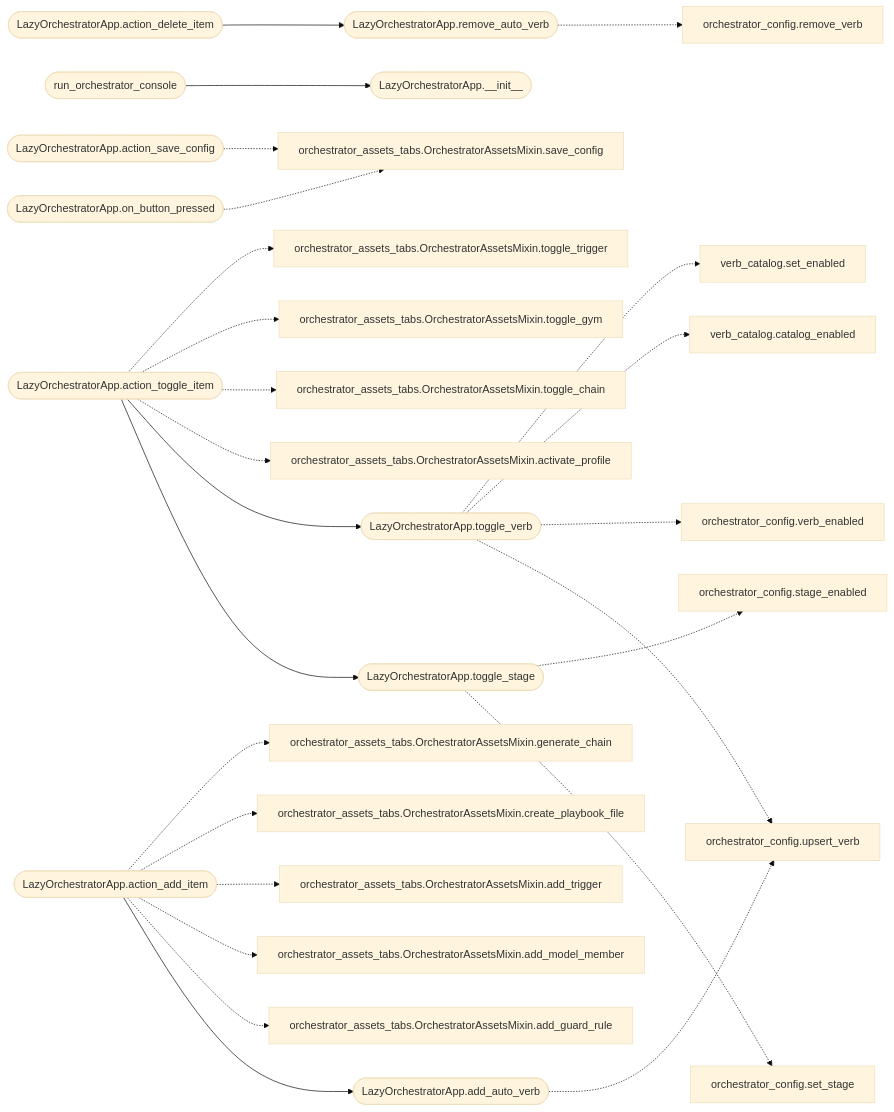
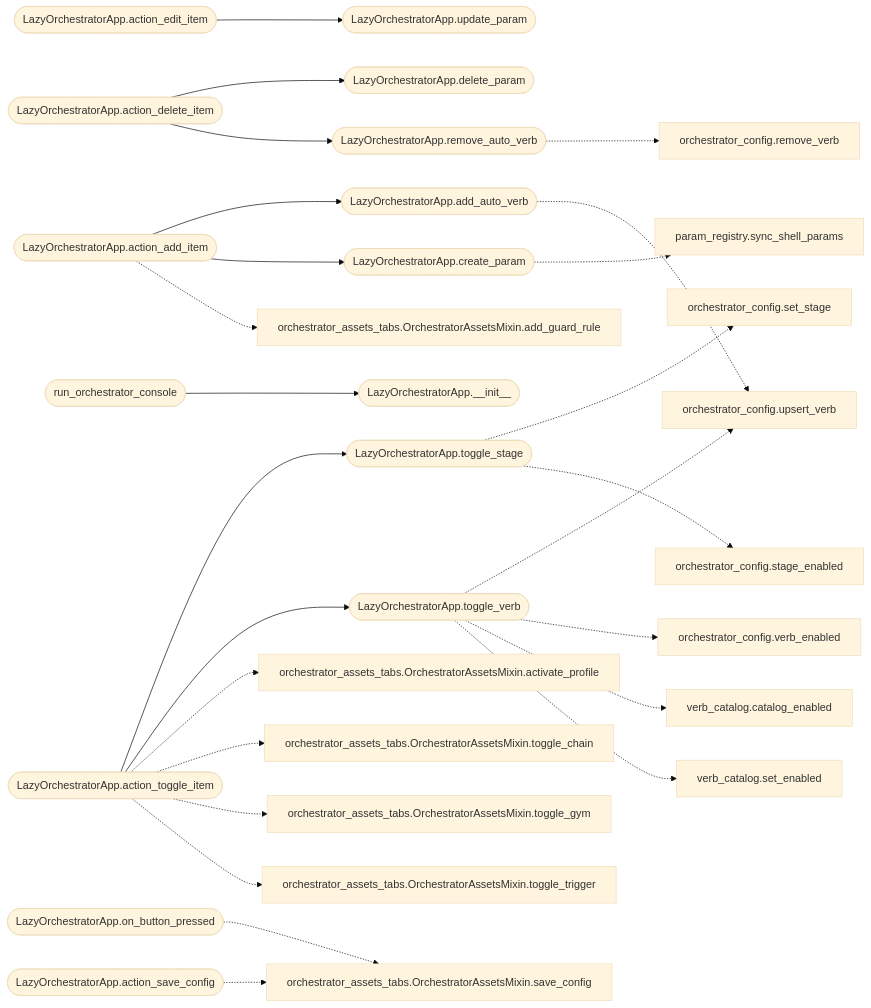
One commit to grisuno/LazyOwn changed the second of 2 diagrams in readmenator-apidocs/modules/cli.lazy_orchestrator.py.md. Above: the diagram before and after it, drawn with Mermaid (base theme). The commit also changed other lines of this file and 258 other files, not shown here.

````diff
--- a/readmenator-apidocs/modules/cli.lazy_orchestrator.py.md
+++ b/readmenator-apidocs/modules/cli.lazy_orchestrator.py.md
@@ -59,55 +62,56 @@
 ```mermaid
 flowchart LR
     n_cli_lazy_orchestrator_py__LazyOrchestratorApp_action_toggle_item(["LazyOrchestratorApp.action_toggle_item"])
     n_cli_lazy_orchestrator_py__LazyOrchestratorApp_toggle_stage(["LazyOrchestratorApp.toggle_stage"])
     n_cli_lazy_orchestrator_py__LazyOrchestratorApp_toggle_verb(["LazyOrchestratorApp.toggle_verb"])
     n_cli_lazy_orchestrator_py__LazyOrchestratorApp_action_add_item(["LazyOrchestratorApp.action_add_item"])
     n_cli_lazy_orchestrator_py__LazyOrchestratorApp_add_auto_verb(["LazyOrchestratorApp.add_auto_verb"])
+    n_cli_lazy_orchestrator_py__LazyOrchestratorApp_create_param(["LazyOrchestratorApp.create_param"])
+    n_cli_lazy_orchestrator_py__LazyOrchestratorApp_action_edit_item(["LazyOrchestratorApp.action_edit_item"])
+    n_cli_lazy_orchestrator_py__LazyOrchestratorApp_update_param(["LazyOrchestratorApp.update_param"])
     n_cli_lazy_orchestrator_py__LazyOrchestratorApp_action_delete_item(["LazyOrchestratorApp.action_delete_item"])
+    n_cli_lazy_orchestrator_py__LazyOrchestratorApp_delete_param(["LazyOrchestratorApp.delete_param"])
     n_cli_lazy_orchestrator_py__LazyOrchestratorApp_remove_auto_verb(["LazyOrchestratorApp.remove_auto_verb"])
     n_cli_lazy_orchestrator_py__run_orchestrator_console(["run_orchestrator_console"])
     n_cli_lazy_orchestrator_py__LazyOrchestratorApp___init__(["LazyOrchestratorApp.__init__"])
     n_modules_orchestrator_config_py__set_stage["orchestrator_config.set_stage"]
     n_modules_orchestrator_config_py__stage_enabled["orchestrator_config.stage_enabled"]
     n_modules_orchestrator_config_py__upsert_verb["orchestrator_config.upsert_verb"]
     n_modules_orchestrator_config_py__verb_enabled["orchestrator_config.verb_enabled"]
     n_modules_verb_catalog_py__catalog_enabled["verb_catalog.catalog_enabled"]
     n_modules_verb_catalog_py__set_enabled["verb_catalog.set_enabled"]
     n_modules_orchestrator_config_py__remove_verb["orchestrator_config.remove_verb"]
     n_cli_lazy_orchestrator_py__LazyOrchestratorApp_on_button_pressed(["LazyOrchestratorApp.on_button_pressed"])
     n_cli_orchestrator_assets_tabs_py__OrchestratorAssetsMixin_save_config["orchestrator_assets_tabs.OrchestratorAssetsMixin.save_config"]
+    n_core_param_registry_py__sync_shell_params["param_registry.sync_shell_params"]
     n_cli_orchestrator_assets_tabs_py__OrchestratorAssetsMixin_activate_profile["orchestrator_assets_tabs.OrchestratorAssetsMixin.activate_profile"]
     n_cli_orchestrator_assets_tabs_py__OrchestratorAssetsMixin_toggle_chain["orchestrator_assets_tabs.OrchestratorAssetsMixin.toggle_chain"]
     n_cli_orchestrator_assets_tabs_py__OrchestratorAssetsMixin_toggle_gym["orchestrator_assets_tabs.OrchestratorAssetsMixin.toggle_gym"]
     n_cli_orchestrator_assets_tabs_py__OrchestratorAssetsMixin_toggle_trigger["orchestrator_assets_tabs.OrchestratorAssetsMixin.toggle_trigger"]
     n_cli_lazy_orchestrator_py__LazyOrchestratorApp_action_save_config(["LazyOrchestratorApp.action_save_config"])
     n_cli_orchestrator_assets_tabs_py__OrchestratorAssetsMixin_add_guard_rule["orchestrator_assets_tabs.OrchestratorAssetsMixin.add_guard_rule"]
-    n_cli_orchestrator_assets_tabs_py__OrchestratorAssetsMixin_add_model_member["orchestrator_assets_tabs.OrchestratorAssetsMixin.add_model_member"]
-    n_cli_orchestrator_assets_tabs_py__OrchestratorAssetsMixin_add_trigger["orchestrator_assets_tabs.OrchestratorAssetsMixin.add_trigger"]
-    n_cli_orchestrator_assets_tabs_py__OrchestratorAssetsMixin_create_playbook_file["orchestrator_assets_tabs.OrchestratorAssetsMixin.create_playbook_file"]
-    n_cli_orchestrator_assets_tabs_py__OrchestratorAssetsMixin_generate_chain["orchestrator_assets_tabs.OrchestratorAssetsMixin.generate_chain"]
     n_cli_lazy_orchestrator_py__LazyOrchestratorApp_action_toggle_item --> n_cli_lazy_orchestrator_py__LazyOrchestratorApp_toggle_stage
     n_cli_lazy_orchestrator_py__LazyOrchestratorApp_action_toggle_item --> n_cli_lazy_orchestrator_py__LazyOrchestratorApp_toggle_verb
     n_cli_lazy_orchestrator_py__LazyOrchestratorApp_action_add_item --> n_cli_lazy_orchestrator_py__LazyOrchestratorApp_add_auto_verb
+    n_cli_lazy_orchestrator_py__LazyOrchestratorApp_action_add_item --> n_cli_lazy_orchestrator_py__LazyOrchestratorApp_create_param
+    n_cli_lazy_orchestrator_py__LazyOrchestratorApp_action_edit_item --> n_cli_lazy_orchestrator_py__LazyOrchestratorApp_update_param
+    n_cli_lazy_orchestrator_py__LazyOrchestratorApp_action_delete_item --> n_cli_lazy_orchestrator_py__LazyOrchestratorApp_delete_param
     n_cli_lazy_orchestrator_py__LazyOrchestratorApp_action_delete_item --> n_cli_lazy_orchestrator_py__LazyOrchestratorApp_remove_auto_verb
     n_cli_lazy_orchestrator_py__run_orchestrator_console --> n_cli_lazy_orchestrator_py__LazyOrchestratorApp___init__
     n_cli_lazy_orchestrator_py__LazyOrchestratorApp_toggle_stage -.-> n_modules_orchestrator_config_py__set_stage
     n_cli_lazy_orchestrator_py__LazyOrchestratorApp_toggle_stage -.-> n_modules_orchestrator_config_py__stage_enabled
     n_cli_lazy_orchestrator_py__LazyOrchestratorApp_toggle_verb -.-> n_modules_orchestrator_config_py__upsert_verb
     n_cli_lazy_orchestrator_py__LazyOrchestratorApp_toggle_verb -.-> n_modules_orchestrator_config_py__verb_enabled
     n_cli_lazy_orchestrator_py__LazyOrchestratorApp_toggle_verb -.-> n_modules_verb_catalog_py__catalog_enabled
     n_cli_lazy_orchestrator_py__LazyOrchestratorApp_toggle_verb -.-> n_modules_verb_catalog_py__set_enabled
     n_cli_lazy_orchestrator_py__LazyOrchestratorApp_add_auto_verb -.-> n_modules_orchestrator_config_py__upsert_verb
     n_cli_lazy_orchestrator_py__LazyOrchestratorApp_remove_auto_verb -.-> n_modules_orchestrator_config_py__remove_verb
     n_cli_lazy_orchestrator_py__LazyOrchestratorApp_on_button_pressed -.-> n_cli_orchestrator_assets_tabs_py__OrchestratorAssetsMixin_save_config
+    n_cli_lazy_orchestrator_py__LazyOrchestratorApp_create_param -.-> n_core_param_registry_py__sync_shell_params
     n_cli_lazy_orchestrator_py__LazyOrchestratorApp_action_toggle_item -.-> n_cli_orchestrator_assets_tabs_py__OrchestratorAssetsMixin_activate_profile
     n_cli_lazy_orchestrator_py__LazyOrchestratorApp_action_toggle_item -.-> n_cli_orchestrator_assets_tabs_py__OrchestratorAssetsMixin_toggle_chain
     n_cli_lazy_orchestrator_py__LazyOrchestratorApp_action_toggle_item -.-> n_cli_orchestrator_assets_tabs_py__OrchestratorAssetsMixin_toggle_gym
     n_cli_lazy_orchestrator_py__LazyOrchestratorApp_action_toggle_item -.-> n_cli_orchestrator_assets_tabs_py__OrchestratorAssetsMixin_toggle_trigger
     n_cli_lazy_orchestrator_py__LazyOrchestratorApp_action_save_config -.-> n_cli_orchestrator_assets_tabs_py__OrchestratorAssetsMixin_save_config
     n_cli_lazy_orchestrator_py__LazyOrchestratorApp_action_add_item -.-> n_cli_orchestrator_assets_tabs_py__OrchestratorAssetsMixin_add_guard_rule
-    n_cli_lazy_orchestrator_py__LazyOrchestratorApp_action_add_item -.-> n_cli_orchestrator_assets_tabs_py__OrchestratorAssetsMixin_add_model_member
-    n_cli_lazy_orchestrator_py__LazyOrchestratorApp_action_add_item -.-> n_cli_orchestrator_assets_tabs_py__OrchestratorAssetsMixin_add_trigger
-    n_cli_lazy_orchestrator_py__LazyOrchestratorApp_action_add_item -.-> n_cli_orchestrator_assets_tabs_py__OrchestratorAssetsMixin_create_playbook_file
-    n_cli_lazy_orchestrator_py__LazyOrchestratorApp_action_add_item -.-> n_cli_orchestrator_assets_tabs_py__OrchestratorAssetsMixin_generate_chain
 ```
````
